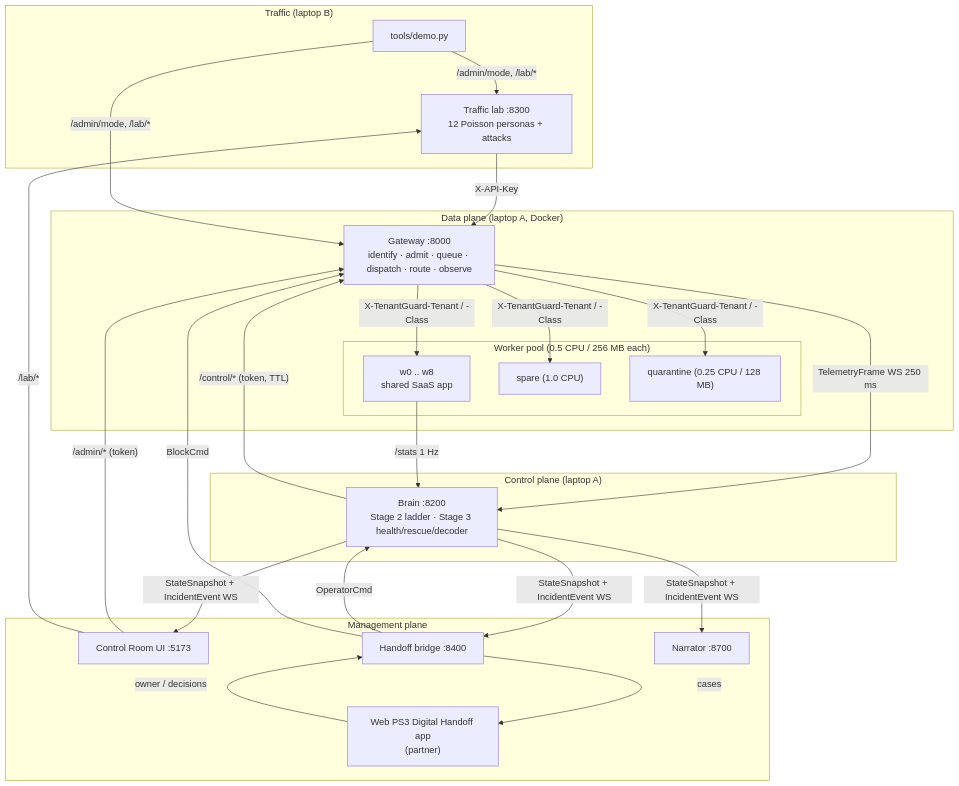
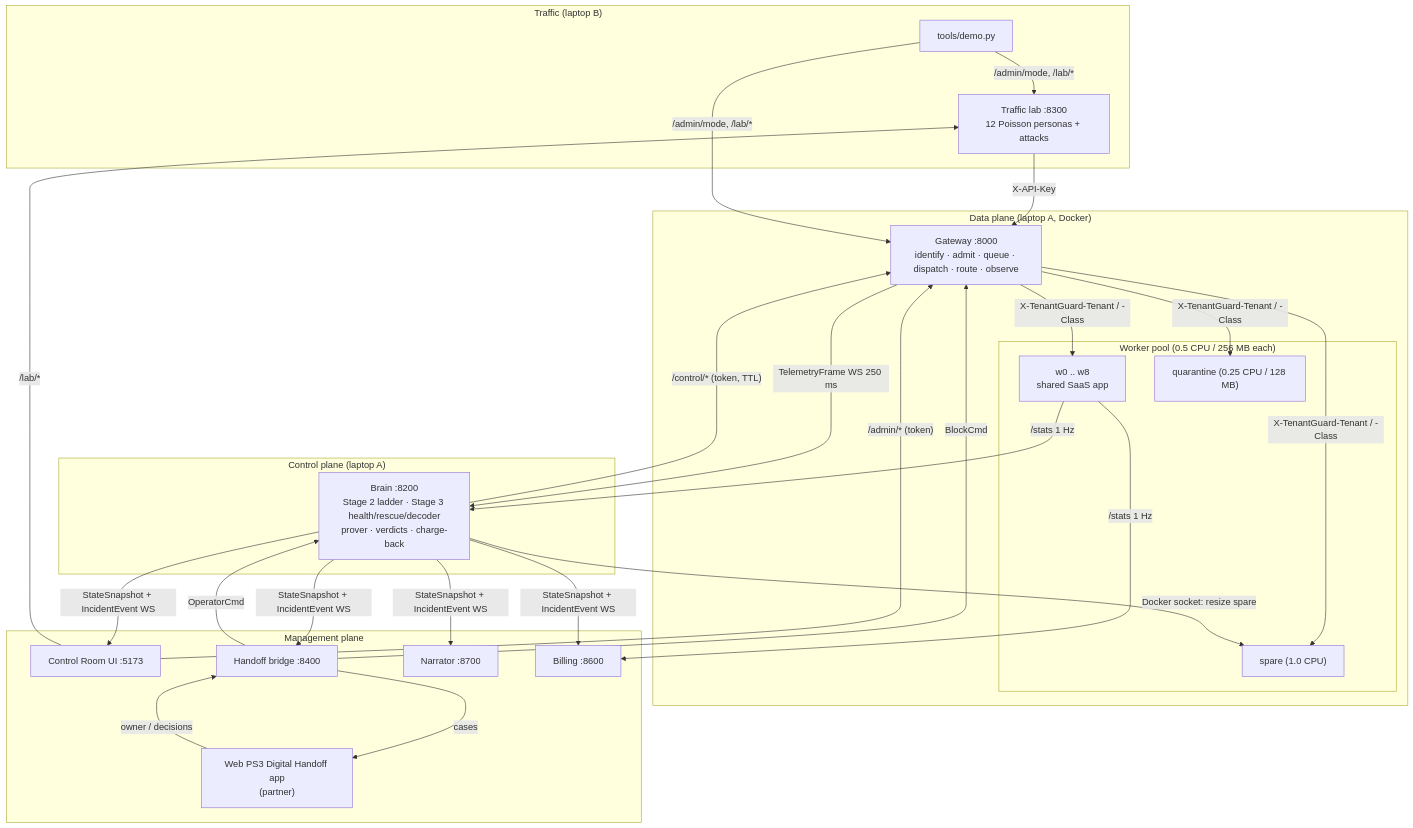
The first of 5 diagrams in prototype-docs/02_ARCHITECTURE.md (yashodeepchaudhari/tenantguard), drawn with Mermaid before and after one commit. The commit also changed other lines of this file and 23 other files, not shown here.

Commit message:
Prototype docs: catalogs, sequences, config, risks and testing describe the final master; new billing catalog

````diff
--- a/prototype-docs/02_ARCHITECTURE.md
+++ b/prototype-docs/02_ARCHITECTURE.md
@@ -5,37 +5,40 @@
 ```mermaid
 flowchart TB
   subgraph TRAFFIC["Traffic (laptop B)"]
     LAB["Traffic lab :8300<br/>12 Poisson personas + attacks"]
     DEMO["tools/demo.py"]
   end
   subgraph DATA["Data plane (laptop A, Docker)"]
     GW["Gateway :8000<br/>identify · admit · queue · dispatch · route · observe"]
     subgraph POOL["Worker pool (0.5 CPU / 256 MB each)"]
       W["w0 .. w8<br/>shared SaaS app"]
       SP["spare (1.0 CPU)"]
       QU["quarantine (0.25 CPU / 128 MB)"]
     end
   end
   subgraph CTRL["Control plane (laptop A)"]
-    BR["Brain :8200<br/>Stage 2 ladder · Stage 3 health/rescue/decoder"]
+    BR["Brain :8200<br/>Stage 2 ladder · Stage 3 health/rescue/decoder<br/>prover · verdicts · charge-back"]
   end
   subgraph MGMT["Management plane"]
     UI["Control Room UI :5173"]
     HO["Handoff bridge :8400"]
     NA["Narrator :8700"]
+    BI["Billing :8600"]
     WEB["Web PS3 Digital Handoff app<br/>(partner)"]
   end
   LAB -- "X-API-Key" --> GW
   DEMO -- "/admin/mode, /lab/*" --> GW & LAB
   GW -- "X-TenantGuard-Tenant / -Class" --> W & SP & QU
   GW -- "TelemetryFrame WS 250 ms" --> BR
   W -- "/stats 1 Hz" --> BR
   BR -- "/control/* (token, TTL)" --> GW
-  BR -- "StateSnapshot + IncidentEvent WS" --> UI & HO & NA
+  BR -- "StateSnapshot + IncidentEvent WS" --> UI & HO & NA & BI
+  BR -- "Docker socket: resize spare" --> SP
+  W -- "/stats 1 Hz" --> BI
   UI -- "/admin/* (token)" --> GW
   UI -- "/lab/*" --> LAB
   HO -- "cases" --> WEB
   WEB -- "owner / decisions" --> HO
   HO -- "OperatorCmd" --> BR
   HO -- "BlockCmd" --> GW
 ```
````
